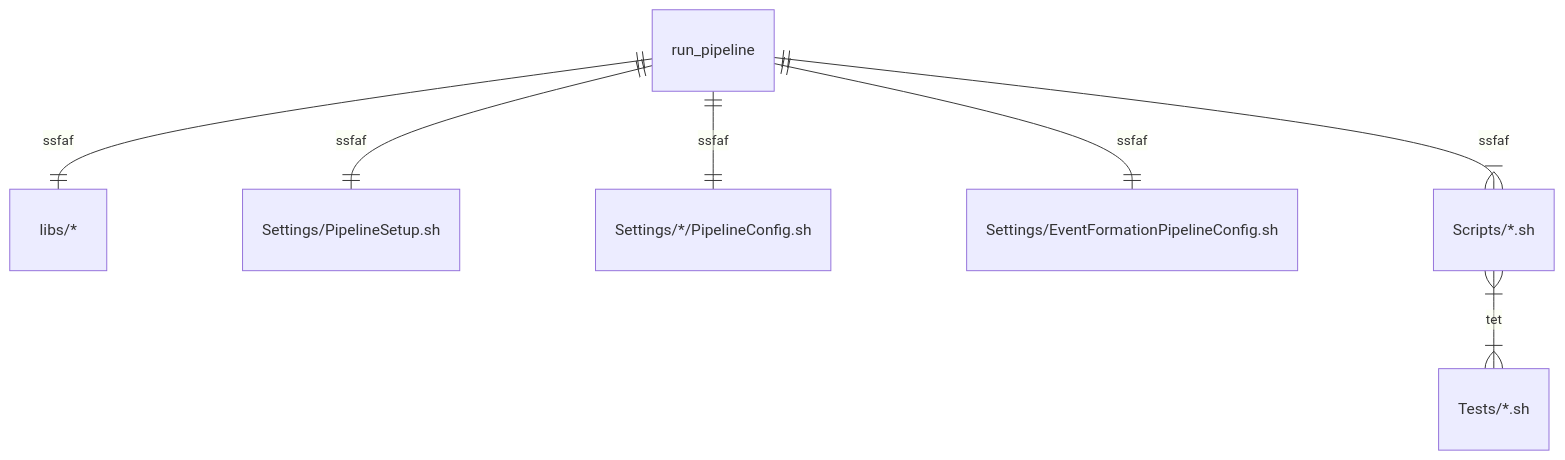
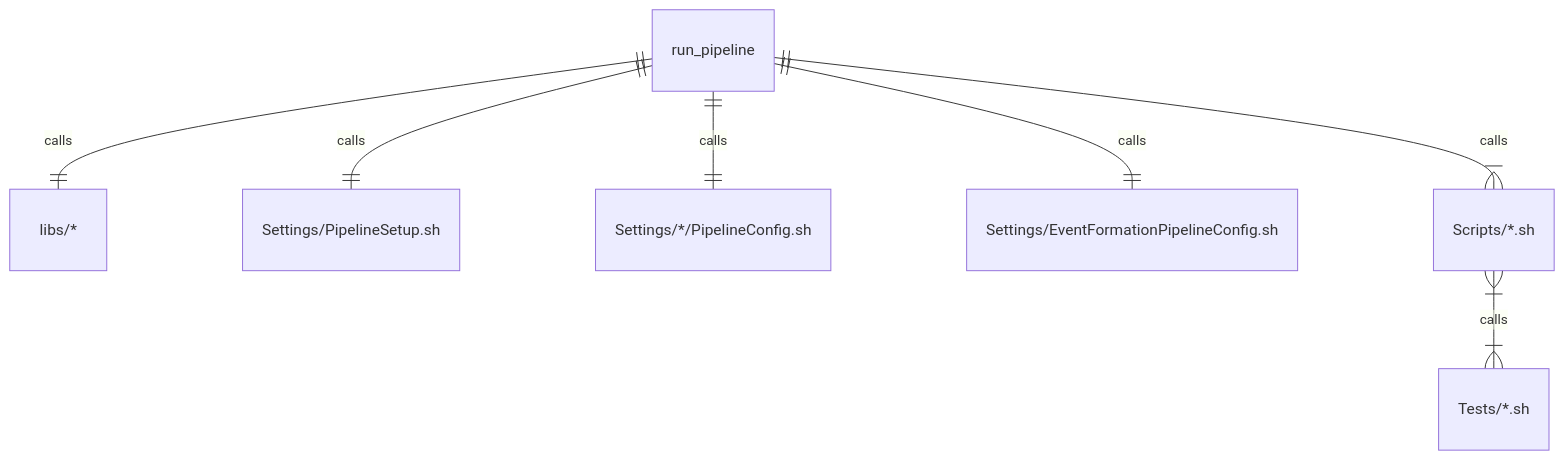
Before and after one commit to Modularius/pipeline-test: the diagram in README.md, drawn with Mermaid.

````diff
--- a/README.md
+++ b/README.md
@@ -50,37 +50,32 @@
 ```mermaid
 erDiagram
 
-RUN_PIPELINE["run_pipeline"] {
-
-}
-
-LIBS["libs/*"] {
-    
-}
-RUN_PIPELINE ||--|| LIBS: ssfaf
+RUN_PIPELINE["run_pipeline"] {}
+LIBS["libs/*"] {}
+RUN_PIPELINE ||--|| LIBS: calls
 
 SETUP["Settings/PipelineSetup.sh"] {
     
 }
-RUN_PIPELINE ||--|| SETUP: ssfaf
+RUN_PIPELINE ||--|| SETUP: calls
 
 CONFIG["Settings/*/PipelineConfig.sh"] {
     
 }
-RUN_PIPELINE ||--|| CONFIG: ssfaf
+RUN_PIPELINE ||--|| CONFIG: calls
 
 EVCONFIG["Settings/EventFormationPipelineConfig.sh"] {
     
 }
-RUN_PIPELINE ||--|| EVCONFIG: ssfaf
+RUN_PIPELINE ||--|| EVCONFIG: calls
 
 SCRIPTS["Scripts/*.sh"] {
     
 }
-RUN_PIPELINE ||--|{ SCRIPTS: ssfaf
+RUN_PIPELINE ||--|{ SCRIPTS: calls
 
 TESTS["Tests/*.sh"] {
     
 }
-SCRIPTS }|--|{ TESTS: tet
+SCRIPTS }|--|{ TESTS: calls
 ```
````
